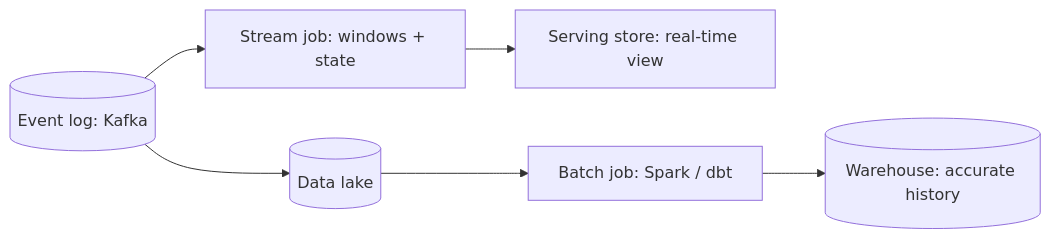
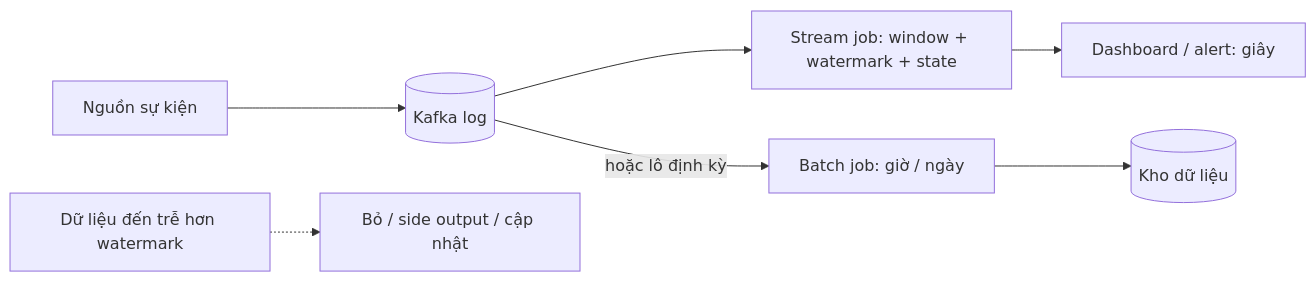
The diagram in src/assets/knowledge/playbooks/data-engineering/batch-vs-stream-processing.md (passion-Infinity/personal-tech-playbook), drawn with Mermaid before and after one commit. The commit also changed other lines of this file and 5 other files, not shown here.

First line of the commit message:
Deep-dive rewrite: OLTP/OLAP modeling, batch vs stream, Kafka, ETL/ELT/Airflow, warehouse/lake/lakehouse

````diff
--- a/src/assets/knowledge/playbooks/data-engineering/batch-vs-stream-processing.md
+++ b/src/assets/knowledge/playbooks/data-engineering/batch-vs-stream-processing.md
@@ -17,8 +37,9 @@
 ```mermaid
 flowchart LR
-    S[(Event log: Kafka)] --> ST[Stream job: windows + state]
-    ST --> SV[Serving store: real-time view]
-    S --> LK[(Data lake)]
-    LK --> BT[Batch job: Spark / dbt]
-    BT --> WH[(Warehouse: accurate history)]
+    SRC["Nguồn sự kiện"] --> LOG[("Kafka log")]
+    LOG --> ST["Stream job: window + watermark + state"]
+    ST --> OUT["Dashboard / alert: giây"]
+    LOG -->|"hoặc lô định kỳ"| BT["Batch job: giờ / ngày"]
+    BT --> DW[("Kho dữ liệu")]
+    LATE["Dữ liệu đến trễ hơn watermark"] -.-> SIDE["Bỏ / side output / cập nhật"]
 ```
````
